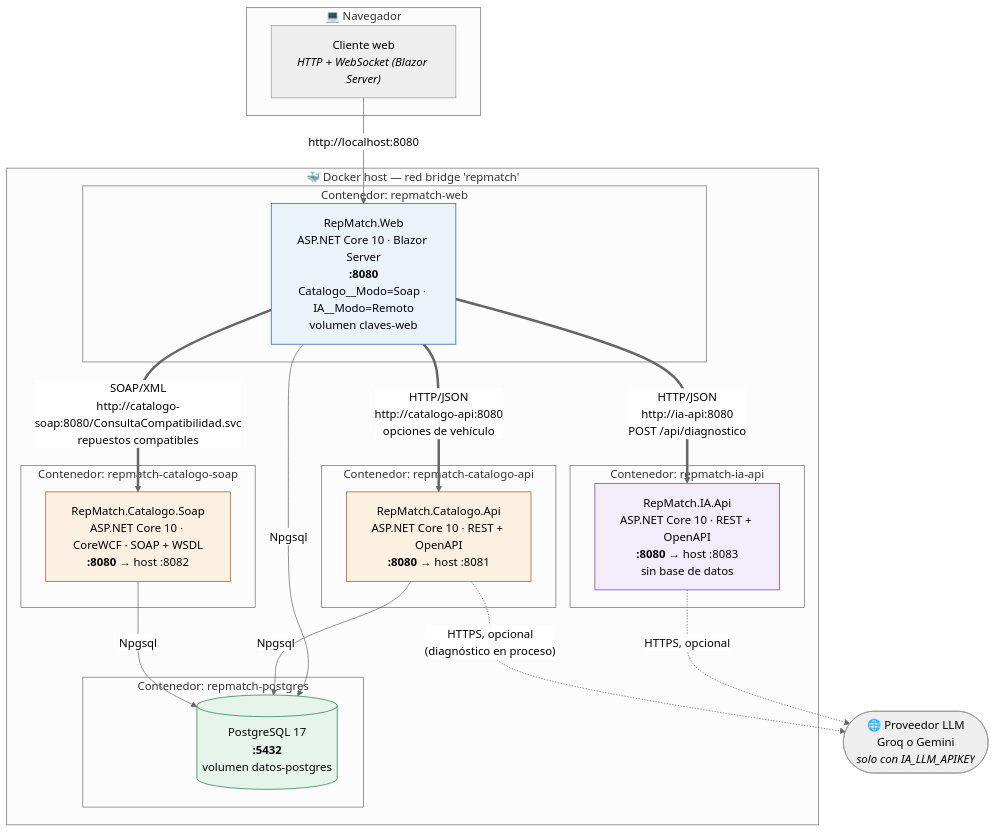
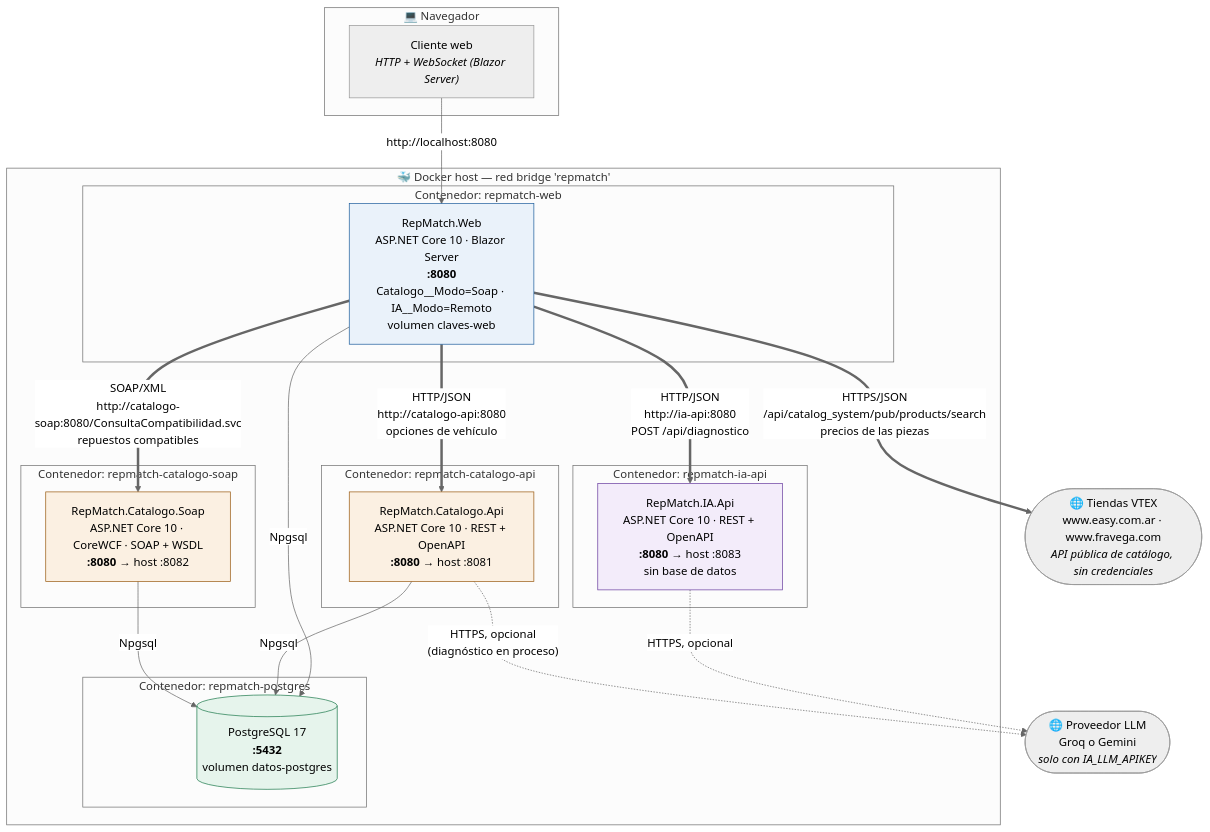
The first of 2 diagrams in docs/diagramas/despliegue.md (lfb-00/tp-apps-2), drawn with Mermaid (neutral theme) before and after one commit. The commit also changed other lines of this file and 57 other files, not shown here.

````diff
--- a/docs/diagramas/despliegue.md
+++ b/docs/diagramas/despliegue.md
@@ -9,46 +9,48 @@
 ```mermaid
 flowchart TB
     subgraph nav["💻 Navegador"]
         BR["Cliente web<br/><i>HTTP + WebSocket (Blazor Server)</i>"]
     end
 
     subgraph docker["🐳 Docker host — red bridge 'repmatch'"]
         subgraph c1["Contenedor: repmatch-web"]
             W["RepMatch.Web<br/>ASP.NET Core 10 · Blazor Server<br/><b>:8080</b><br/>Catalogo__Modo=Soap · IA__Modo=Remoto<br/>volumen claves-web"]
         end
 
         subgraph c2["Contenedor: repmatch-catalogo-api"]
             A["RepMatch.Catalogo.Api<br/>ASP.NET Core 10 · REST + OpenAPI<br/><b>:8080</b> → host :8081"]
         end
 
         subgraph c5["Contenedor: repmatch-catalogo-soap"]
             S["RepMatch.Catalogo.Soap<br/>ASP.NET Core 10 · CoreWCF · SOAP + WSDL<br/><b>:8080</b> → host :8082"]
         end
 
         subgraph c4["Contenedor: repmatch-ia-api"]
             IA["RepMatch.IA.Api<br/>ASP.NET Core 10 · REST + OpenAPI<br/><b>:8080</b> → host :8083<br/>sin base de datos"]
         end
 
         subgraph c3["Contenedor: repmatch-postgres"]
             P[("PostgreSQL 17<br/><b>:5432</b><br/>volumen datos-postgres")]
         end
     end
 
     BR -- "http://localhost:8080" --> W
     W == "HTTP/JSON<br/>http://catalogo-api:8080<br/>opciones de vehículo" ==> A
     W == "SOAP/XML<br/>http://catalogo-soap:8080/ConsultaCompatibilidad.svc<br/>repuestos compatibles" ==> S
     W == "HTTP/JSON<br/>http://ia-api:8080<br/>POST /api/diagnostico" ==> IA
     W -- "Npgsql" --> P
     A -- "Npgsql" --> P
     S -- "Npgsql" --> P
 
     LLM(["🌐 Proveedor LLM<br/>Groq o Gemini<br/><i>solo con IA_LLM_APIKEY</i>"])
+    VT(["🌐 Tiendas VTEX<br/>www.easy.com.ar · www.fravega.com<br/><i>API pública de catálogo, sin credenciales</i>"])
+    W == "HTTPS/JSON<br/>/api/catalog_system/pub/products/search<br/>precios de las piezas" ==> VT
     IA -. "HTTPS, opcional" .-> LLM
     A -. "HTTPS, opcional<br/>(diagnóstico en proceso)" .-> LLM
 
     style W fill:#eaf2fa,stroke:#1f5f9e
     style A fill:#fbf0e2,stroke:#9a5b13
     style S fill:#fbf0e2,stroke:#9a5b13
     style IA fill:#f3ecfa,stroke:#6b3fa0
     style P fill:#e6f4ec,stroke:#1f7a4d
 ```
````
